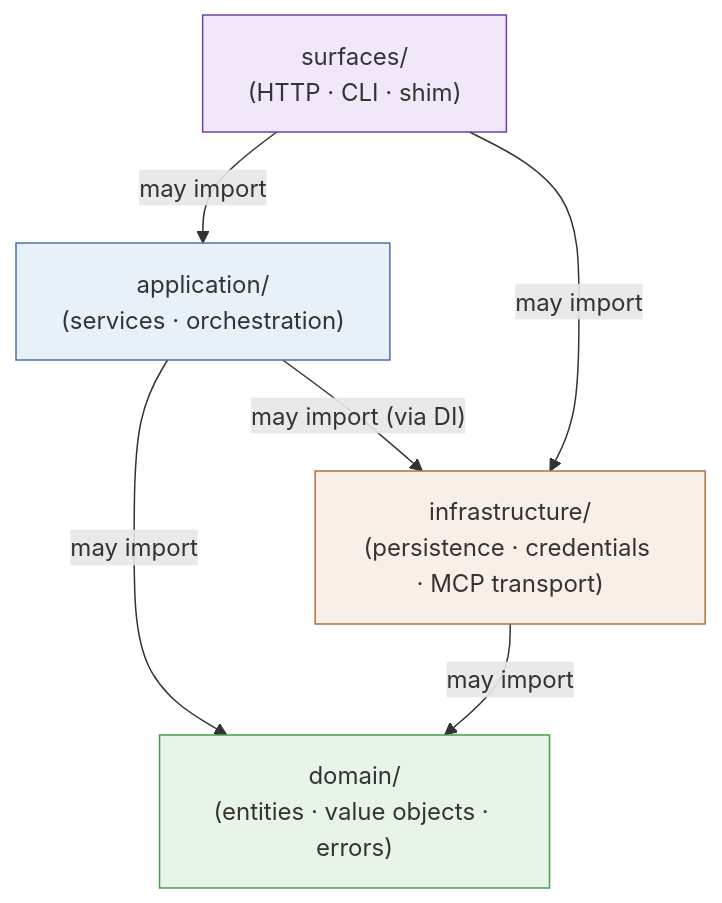
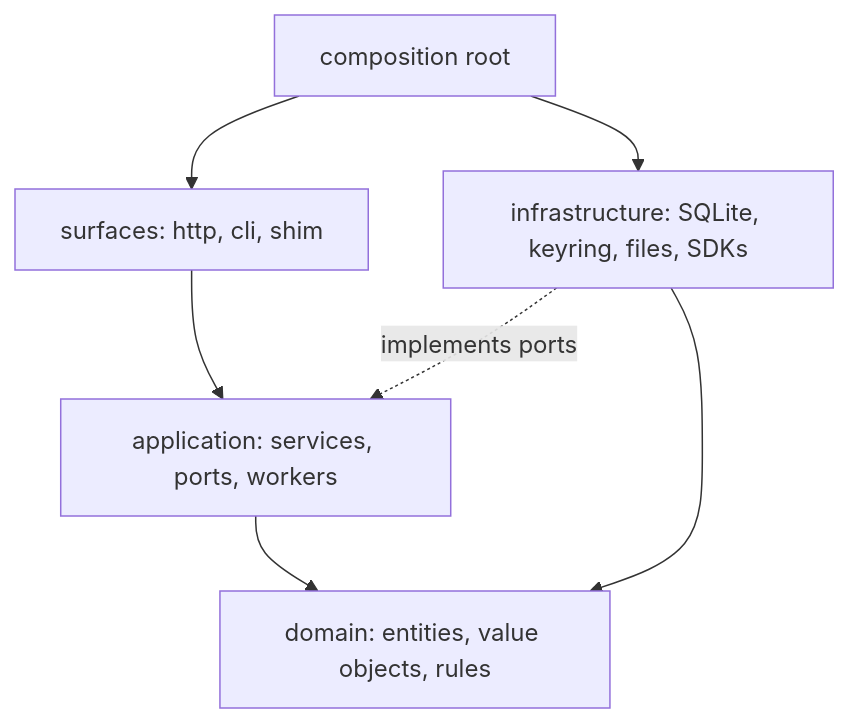
The first of 2 diagrams in docs-site/architecture/layering.md (wyx-sg/Coffer), drawn with Mermaid before and after one commit. The commit also changed other lines of this file and 86 other files, not shown here.

````diff
--- a/docs-site/architecture/layering.md
+++ b/docs-site/architecture/layering.md
@@ -190,18 +21,14 @@
 ```mermaid
-graph TD
-    S["surfaces/\n(HTTP · CLI · shim)"]
-    A["application/\n(services · orchestration)"]
-    D["domain/\n(entities · value objects · errors)"]
-    I["infrastructure/\n(persistence · credentials · MCP transport)"]
-
-    S -->|"may import"| A
-    S -->|"may import"| I
-    A -->|"may import"| D
-    A -->|"may import (via DI)"| I
-    I -->|"may import"| D
-
-    style D fill:#e8f4e8,stroke:#4a9e4a
-    style A fill:#e8f0f8,stroke:#4a70b0
-    style I fill:#f8f0e8,stroke:#b07040
-    style S fill:#f0e8f8,stroke:#7040b0
+flowchart TB
+  S["surfaces: http, cli, shim"]
+  A["application: services, ports, workers"]
+  D["domain: entities, value objects, rules"]
+  I["infrastructure: SQLite, keyring, files, SDKs"]
+  CR["composition root"]
+  S --> A
+  A --> D
+  I -.->|implements ports| A
+  I --> D
+  CR --> S
+  CR --> I
 ```
````
